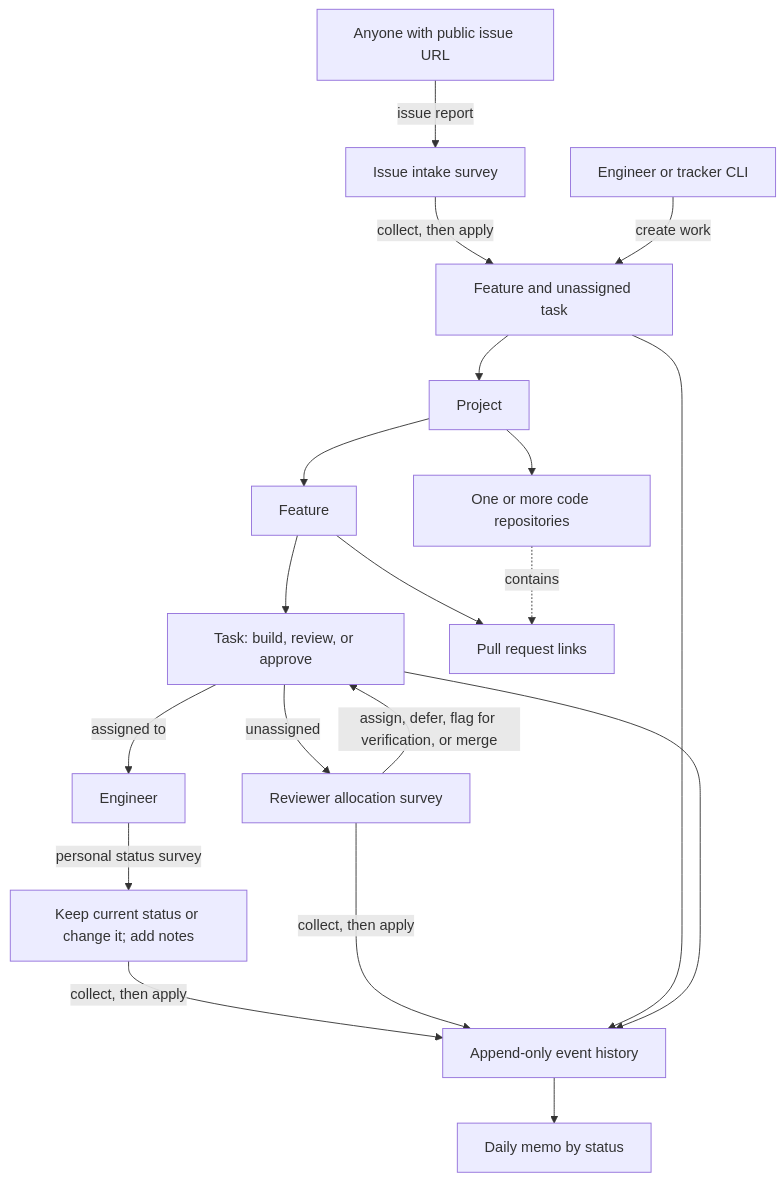
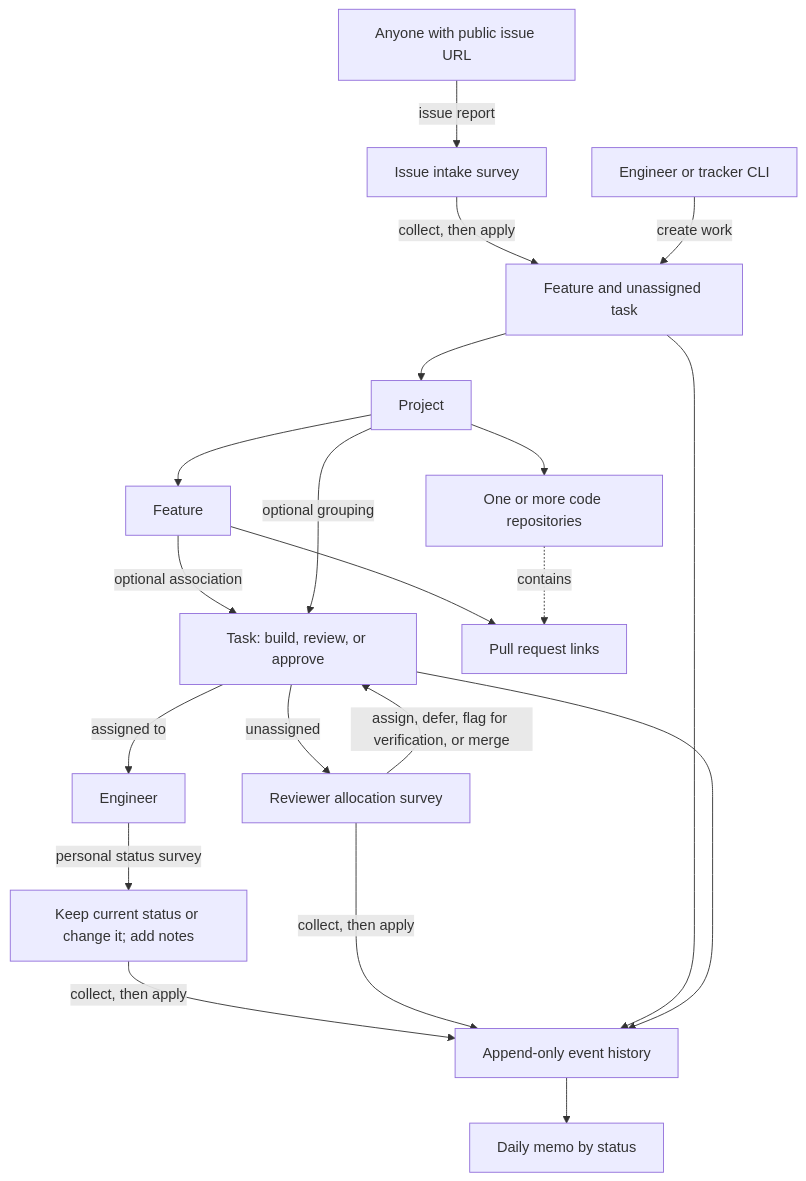
The diagram in README.md (expectedparrot/tracker), drawn with Mermaid before and after one commit. The commit also changed other lines of this file and 3 other files, not shown here.

````diff
--- a/README.md
+++ b/README.md
@@ -23,21 +24,22 @@
 ```mermaid
 flowchart TD
     Reporter[Anyone with public issue URL] -->|issue report| Intake[Issue intake survey]
     Intake -->|collect, then apply| New[Feature and unassigned task]
     Team[Engineer or tracker CLI] -->|create work| New
     New --> Project[Project]
     Project --> Feature[Feature]
-    Feature --> Task[Task: build, review, or approve]
+    Feature -->|optional association| Task[Task: build, review, or approve]
+    Project -->|optional grouping| Task
     Project --> Repos[One or more code repositories]
     Feature --> PRs[Pull request links]
     Repos -. contains .-> PRs
     Task -->|assigned to| Engineer[Engineer]
     Engineer -->|personal status survey| Updates[Keep current status or change it; add notes]
     Task -->|unassigned| Allocation[Reviewer allocation survey]
     Allocation -->|assign, defer, flag for verification, or merge| Task
     Updates -->|collect, then apply| Events[Append-only event history]
     Allocation -->|collect, then apply| Events
     New --> Events
     Task --> Events
     Events --> Memo[Daily memo by status]
 ```
````
